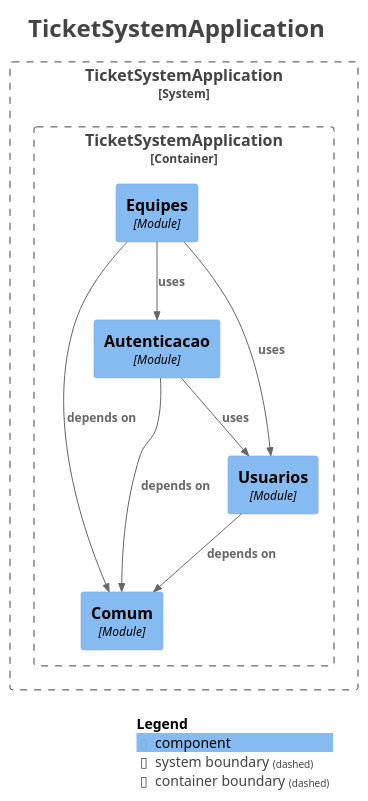
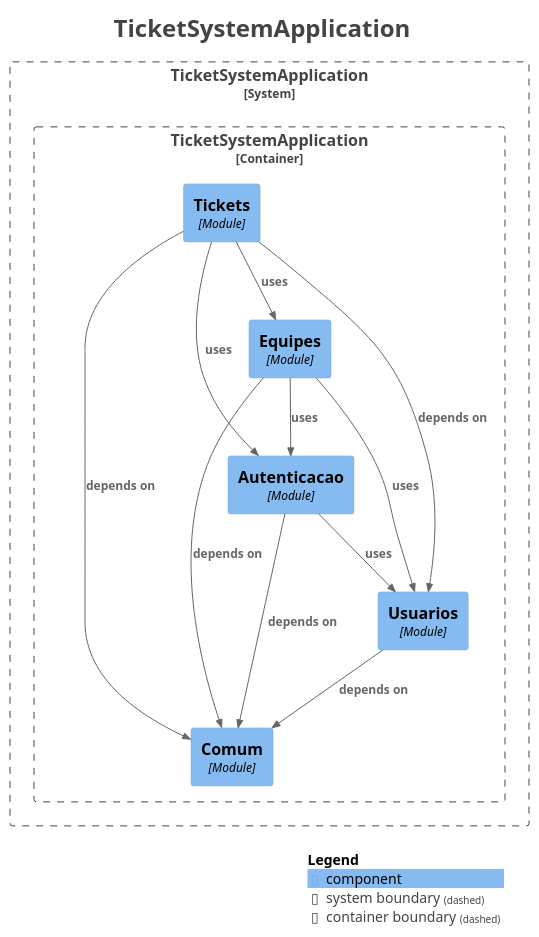
One commit to AnthoniBortolotto/ticket-management-system changed the diagram in docs/modules/components.puml. Above: the diagram before and after it, drawn with PlantUML. The commit also changed 65 other files, not shown here.

Commit message:
FEAT - open, move and discuss tickets, routed by category and guarded per ticket

```diff
--- a/docs/modules/components.puml
+++ b/docs/modules/components.puml
@@ -1,37 +1,42 @@
 @startuml
 title <size:24>TicketSystemApplication</size>
 
 set separator none
 top to bottom direction
 
 <style>
   root {
     BackgroundColor: #ffffff
     FontColor: #444444
   }
 </style>
 
 !include <C4/C4>
 !include <C4/C4_Context>
 !include <C4/C4_Component>
 
 System_Boundary("TicketSystemApplication_boundary", "TicketSystemApplication", $tags="") {
   Container_Boundary("TicketSystemApplication.TicketSystemApplication_boundary", "TicketSystemApplication", $tags="") {
-    Component(TicketSystemApplication.TicketSystemApplication.Equipes, "Equipes", $techn="Module", $descr="", $tags="", $link="")
+    Component(TicketSystemApplication.TicketSystemApplication.Tickets, "Tickets", $techn="Module", $descr="", $tags="", $link="")
     Component(TicketSystemApplication.TicketSystemApplication.Comum, "Comum", $techn="Module", $descr="", $tags="", $link="")
     Component(TicketSystemApplication.TicketSystemApplication.Usuarios, "Usuarios", $techn="Module", $descr="", $tags="", $link="")
     Component(TicketSystemApplication.TicketSystemApplication.Autenticacao, "Autenticacao", $techn="Module", $descr="", $tags="", $link="")
+    Component(TicketSystemApplication.TicketSystemApplication.Equipes, "Equipes", $techn="Module", $descr="", $tags="", $link="")
   }
 
 }
 
-Rel(TicketSystemApplication.TicketSystemApplication.Autenticacao, TicketSystemApplication.TicketSystemApplication.Comum, "depends on", $techn="", $tags="", $link="")
-Rel(TicketSystemApplication.TicketSystemApplication.Autenticacao, TicketSystemApplication.TicketSystemApplication.Usuarios, "uses", $techn="", $tags="", $link="")
+Rel(TicketSystemApplication.TicketSystemApplication.Usuarios, TicketSystemApplication.TicketSystemApplication.Comum, "depends on", $techn="", $tags="", $link="")
 Rel(TicketSystemApplication.TicketSystemApplication.Equipes, TicketSystemApplication.TicketSystemApplication.Comum, "depends on", $techn="", $tags="", $link="")
 Rel(TicketSystemApplication.TicketSystemApplication.Equipes, TicketSystemApplication.TicketSystemApplication.Usuarios, "uses", $techn="", $tags="", $link="")
 Rel(TicketSystemApplication.TicketSystemApplication.Equipes, TicketSystemApplication.TicketSystemApplication.Autenticacao, "uses", $techn="", $tags="", $link="")
-Rel(TicketSystemApplication.TicketSystemApplication.Usuarios, TicketSystemApplication.TicketSystemApplication.Comum, "depends on", $techn="", $tags="", $link="")
+Rel(TicketSystemApplication.TicketSystemApplication.Autenticacao, TicketSystemApplication.TicketSystemApplication.Comum, "depends on", $techn="", $tags="", $link="")
+Rel(TicketSystemApplication.TicketSystemApplication.Autenticacao, TicketSystemApplication.TicketSystemApplication.Usuarios, "uses", $techn="", $tags="", $link="")
+Rel(TicketSystemApplication.TicketSystemApplication.Tickets, TicketSystemApplication.TicketSystemApplication.Comum, "depends on", $techn="", $tags="", $link="")
+Rel(TicketSystemApplication.TicketSystemApplication.Tickets, TicketSystemApplication.TicketSystemApplication.Usuarios, "depends on", $techn="", $tags="", $link="")
+Rel(TicketSystemApplication.TicketSystemApplication.Tickets, TicketSystemApplication.TicketSystemApplication.Equipes, "uses", $techn="", $tags="", $link="")
+Rel(TicketSystemApplication.TicketSystemApplication.Tickets, TicketSystemApplication.TicketSystemApplication.Autenticacao, "uses", $techn="", $tags="", $link="")
 
 SHOW_LEGEND(true)
 hide stereotypes
 @enduml
```
